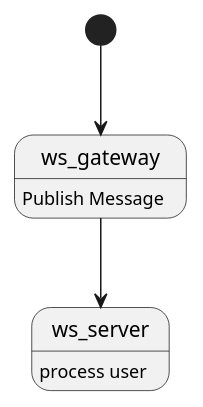
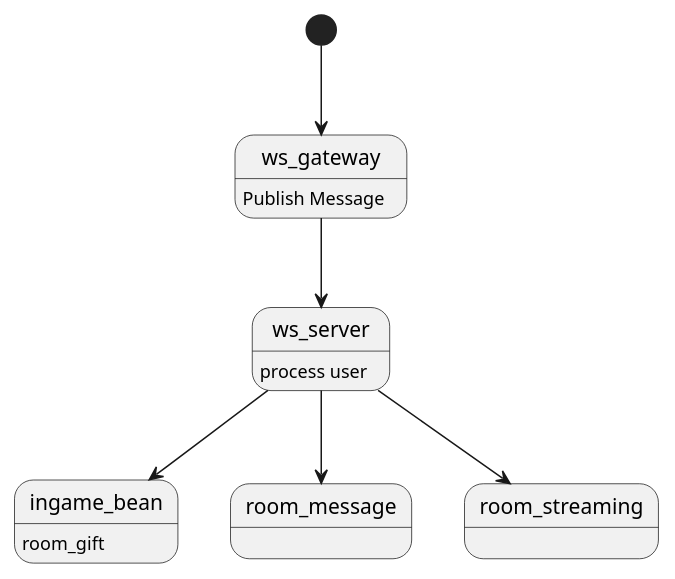
One commit to alanpoon/qq_party changed the diagram in plantuml/design.plantuml. Above: the diagram before and after it, drawn with PlantUML. The commit also changed 60 other files, not shown here.

```diff
--- a/plantuml/design.plantuml
+++ b/plantuml/design.plantuml
@@ -1,5 +1,9 @@
 [*] --> ws_gateway
 ws_gateway : Publish Message
 ws_gateway --> ws_server
 ws_server : process user
+ws_server --> ingame_bean
+ingame_bean : room_gift
+ws_server --> room_message
+ws_server --> room_streaming
 @enduml
```
